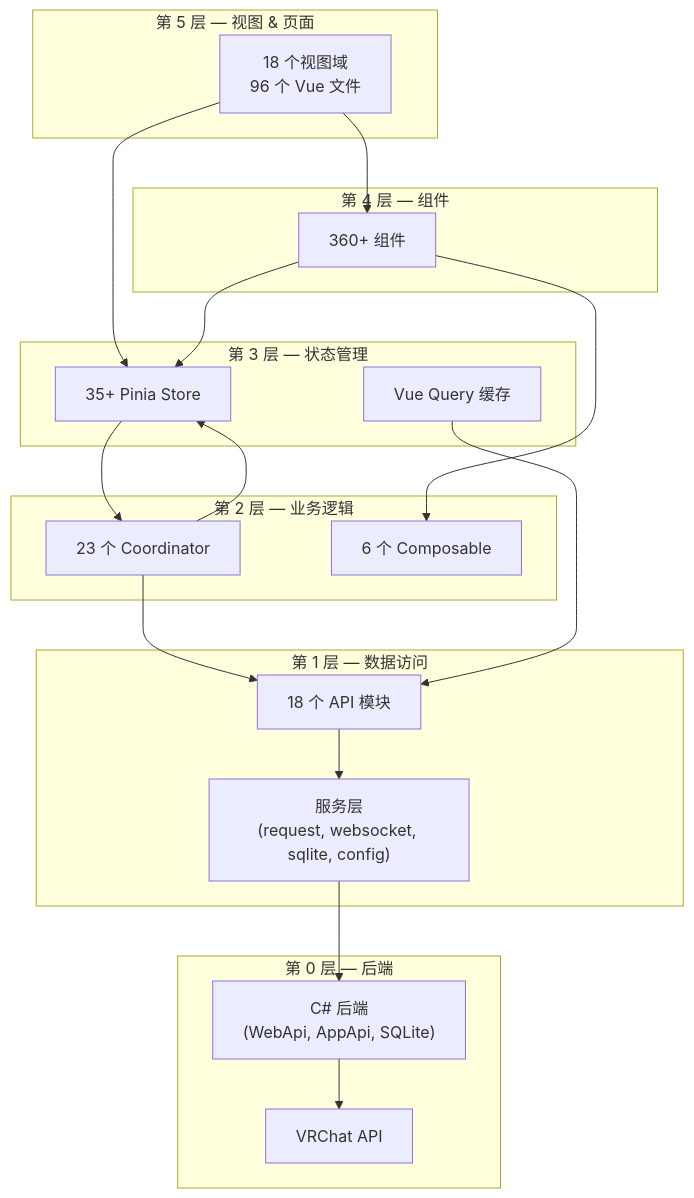
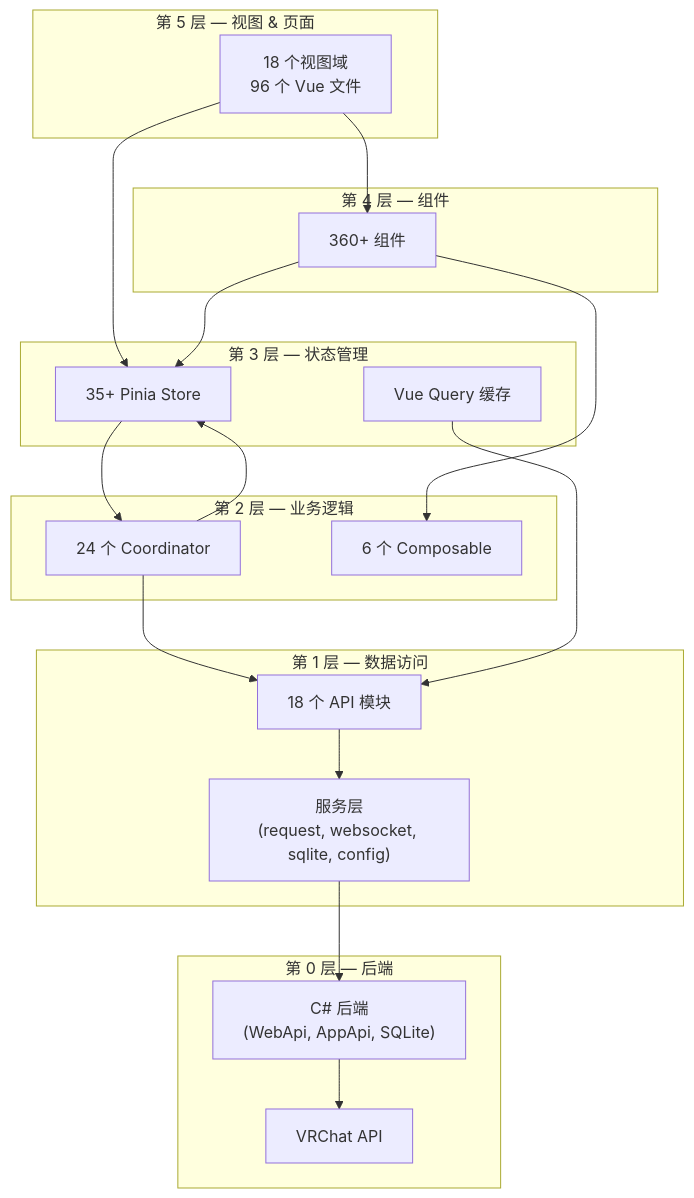
One commit to Map1en/vrcx-docs changed the first of 2 diagrams in zh/architecture/overview.md. Above: the diagram before and after it, drawn with Mermaid. The commit also changed other lines of this file and 11 other files, not shown here.

````diff
--- a/zh/architecture/overview.md
+++ b/zh/architecture/overview.md
@@ -20,42 +20,42 @@
 ```mermaid
 graph TD
     subgraph Layer5["第 5 层 — 视图 & 页面"]
         Views["18 个视图域<br/>96 个 Vue 文件"]
     end
 
     subgraph Layer4["第 4 层 — 组件"]
         Components["360+ 组件"]
     end
 
     subgraph Layer3["第 3 层 — 状态管理"]
         Stores["35+ Pinia Store"]
         Queries["Vue Query 缓存"]
     end
 
     subgraph Layer2["第 2 层 — 业务逻辑"]
-        Coordinators["23 个 Coordinator"]
+        Coordinators["24 个 Coordinator"]
         Composables["6 个 Composable"]
     end
 
     subgraph Layer1["第 1 层 — 数据访问"]
         API["18 个 API 模块"]
         Services["服务层<br/>(request, websocket, sqlite, config)"]
     end
 
     subgraph Layer0["第 0 层 — 后端"]
         CSharp["C# 后端<br/>(WebApi, AppApi, SQLite)"]
         VRChatAPI["VRChat API"]
     end
 
     Views --> Components
     Views --> Stores
     Components --> Stores
     Components --> Composables
     Stores --> Coordinators
     Coordinators --> Stores
     Coordinators --> API
     Queries --> API
     API --> Services
     Services --> CSharp
     CSharp --> VRChatAPI
 ```
````
